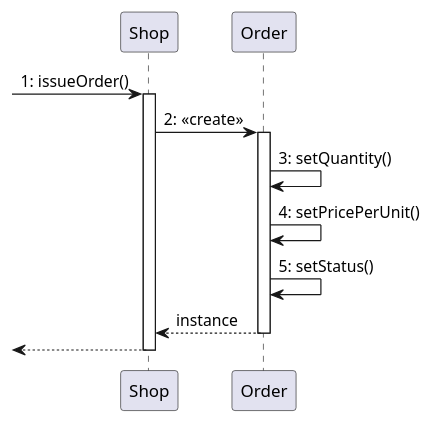
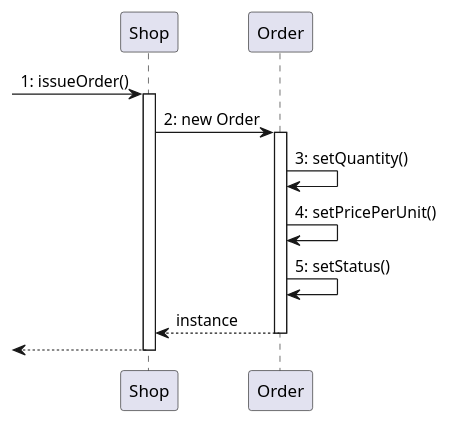
One commit to MatteoBattilana/EzShop changed the sixth of 13 diagrams in Deliverables/DesignDocument.md. Above: the diagram before and after it, drawn with PlantUML. The commit also changed other lines of this file, not shown here.

Commit message:
docs: changed <<create>> to new

````diff
--- a/Deliverables/DesignDocument.md
+++ b/Deliverables/DesignDocument.md
@@ -364,13 +364,13 @@
 ```plantuml
 @startuml
 ->Shop: 1: issueOrder()
 activate Shop
-  Shop -> Order: 2: <<create>>
+  Shop -> Order: 2: new Order
   activate Order
     Order -> Order: 3: setQuantity()
     Order -> Order: 4: setPricePerUnit()
     Order -> Order: 5: setStatus()
   return instance
 return
 @enduml
 ```
````
